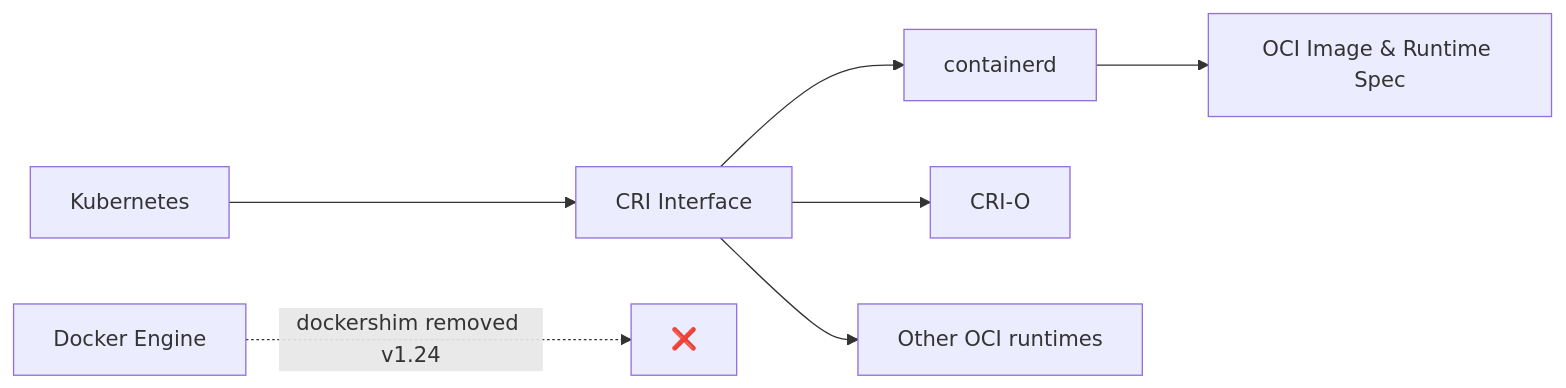
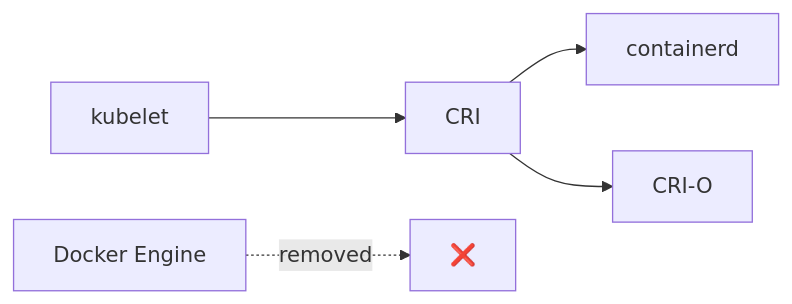
The second of 10 diagrams in Study/1.Core Concepts/enhanced_readme.md (AbdelwahabAdam/K8S-notes), drawn with Mermaid before and after one commit. The commit also changed other lines of this file and 22 other files, not shown here.

````diff
--- a/Study/1.Core Concepts/enhanced_readme.md
+++ b/Study/1.Core Concepts/enhanced_readme.md
@@ -122,9 +163,7 @@
 ```mermaid
 flowchart LR
-    K8S[Kubernetes] --> CRI[CRI Interface]
+    K8S[kubelet] --> CRI[CRI]
     CRI --> CD[containerd]
     CRI --> CRIO[CRI-O]
-    CRI --> OTHER[Other OCI runtimes]
-    DOCKER[Docker Engine] -.->|dockershim removed v1.24| X[❌]
-    CD --> OCI[OCI Image & Runtime Spec]
+    DOCKER[Docker Engine] -.->|removed| X[❌]
 ```
````
